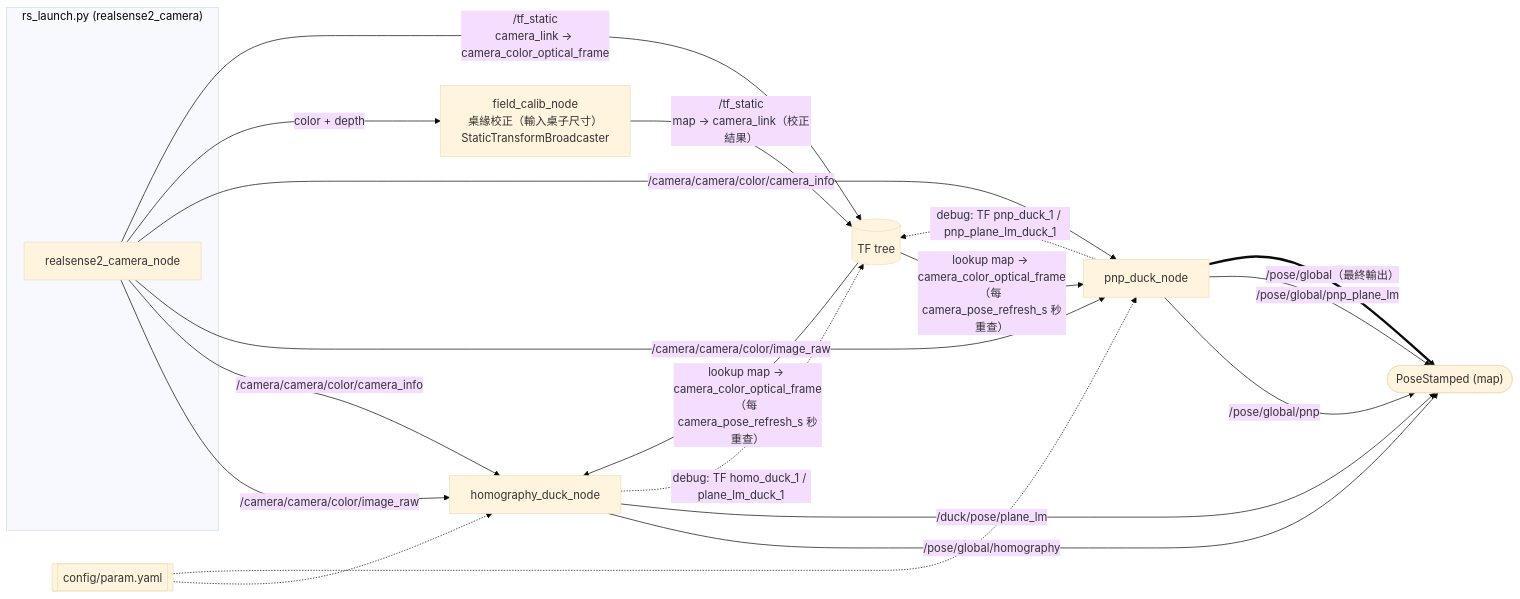
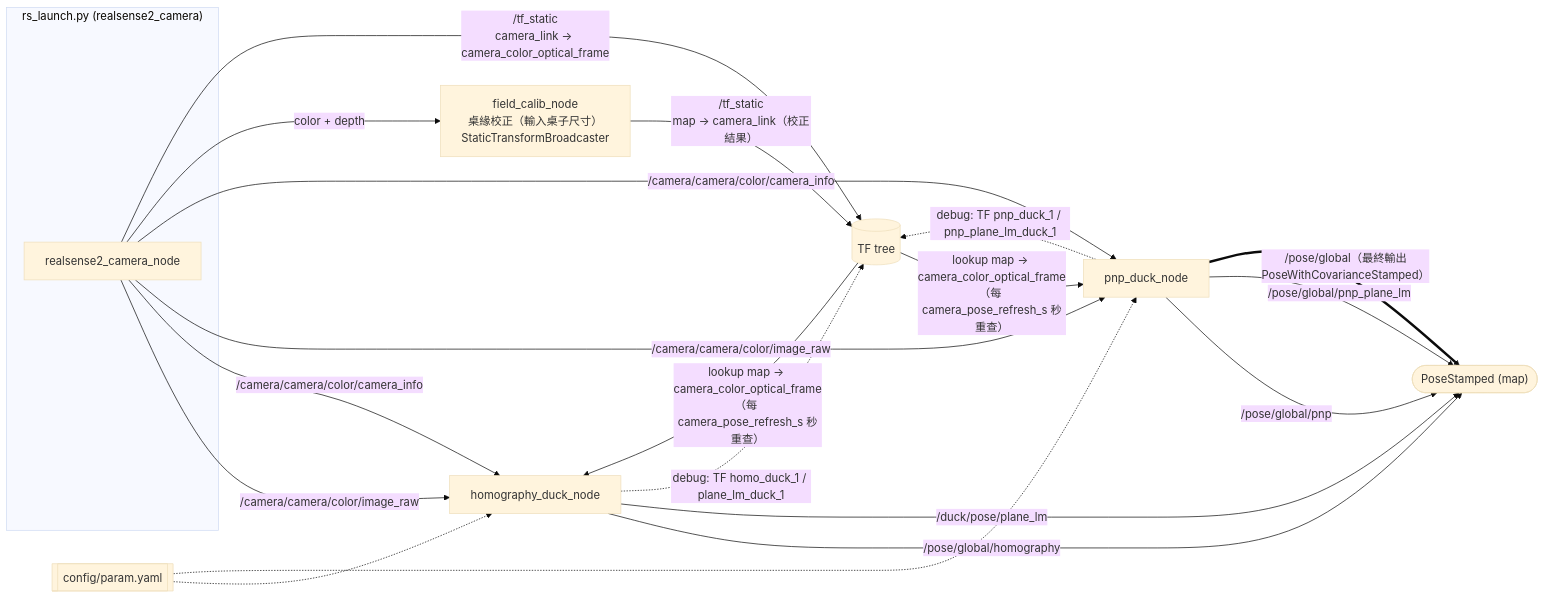
One commit to Latuuuuu/Hackathon-vision-server-localization changed the first of 5 diagrams in FLOW.md. Above: the diagram before and after it, drawn with Mermaid (base theme). The commit also changed other lines of this file and 6 other files, not shown here.

````diff
--- a/FLOW.md
+++ b/FLOW.md
@@ -14,29 +18,29 @@
 ```mermaid
 flowchart LR
     subgraph RS["rs_launch.py (realsense2_camera)"]
         CAM["realsense2_camera_node"]
     end
     FC["field_calib_node<br/>桌緣校正（輸入桌子尺寸）<br/>StaticTransformBroadcaster"]
 
     CAM -- "/camera/camera/color/image_raw" --> HD
     CAM -- "/camera/camera/color/camera_info" --> HD
     CAM -- "/camera/camera/color/image_raw" --> PD
     CAM -- "/camera/camera/color/camera_info" --> PD
 
     FC -- "/tf_static<br/>map → camera_link（校正結果）" --> TF[("TF tree")]
     CAM -- "color + depth" --> FC
     CAM -- "/tf_static<br/>camera_link → camera_color_optical_frame" --> TF
     TF -- "lookup map → camera_color_optical_frame<br/>（每 camera_pose_refresh_s 秒重查）" --> HD
     TF -- "lookup map → camera_color_optical_frame<br/>（每 camera_pose_refresh_s 秒重查）" --> PD
 
     PY[["config/param.yaml"]] -.-> HD
     PY -.-> PD
 
     HD["homography_duck_node"] -- "/pose/global/homography" --> OUT(["PoseStamped (map)"])
     HD -- "/duck/pose/plane_lm" --> OUT
     PD["pnp_duck_node"] -- "/pose/global/pnp" --> OUT
     PD -- "/pose/global/pnp_plane_lm" --> OUT
-    PD == "/pose/global（最終輸出）" ==> OUT
+    PD == "/pose/global（最終輸出<br/>PoseWithCovarianceStamped）" ==> OUT
     HD -. "debug: TF homo_duck_1 / plane_lm_duck_1" .-> TF
     PD -. "debug: TF pnp_duck_1 / pnp_plane_lm_duck_1" .-> TF
 ```
````
